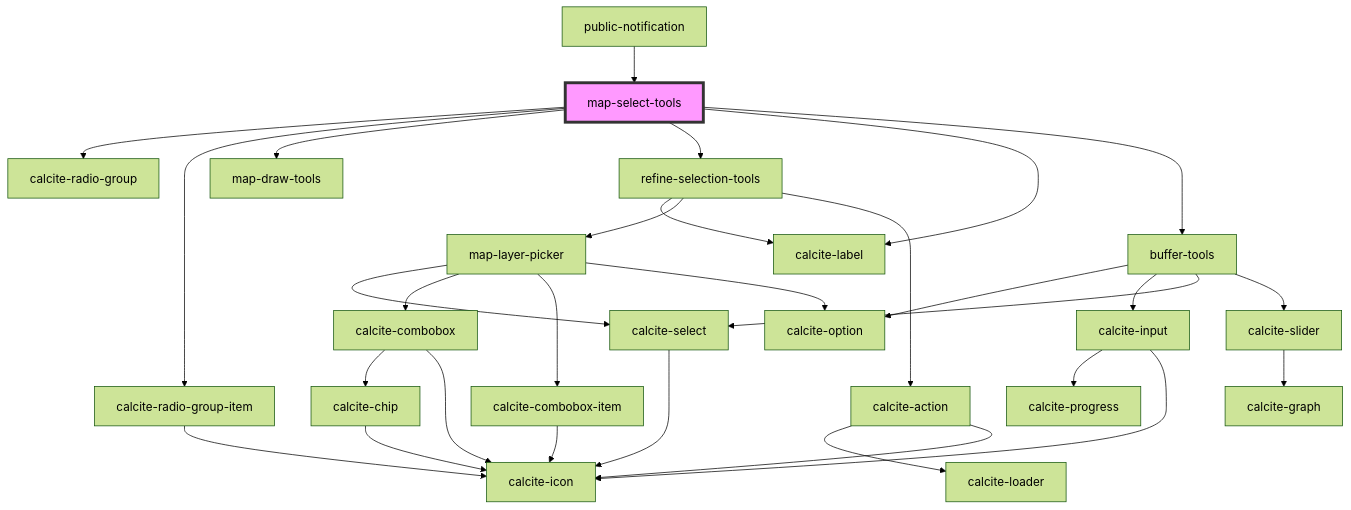
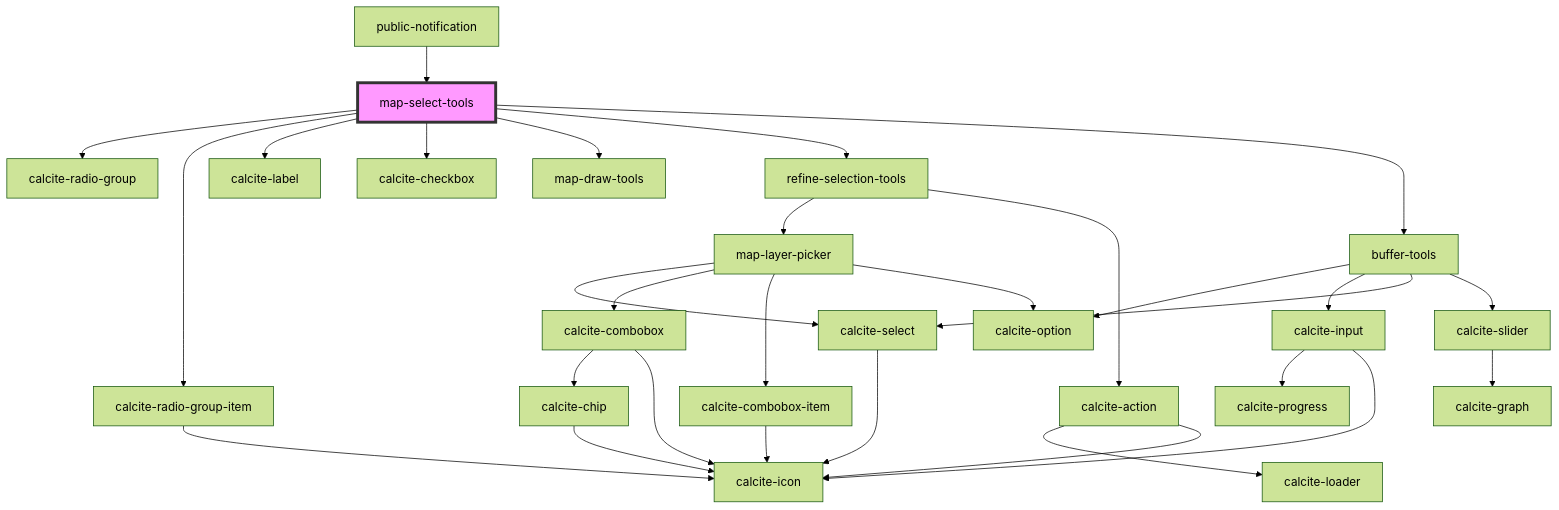
One commit to Esri/solutions-components changed the diagram in src/components/map-select-tools/readme.md. Above: the diagram before and after it, drawn with Mermaid (forest theme). The commit also changed other lines of this file and 13 other files, not shown here.

````diff
--- a/src/components/map-select-tools/readme.md
+++ b/src/components/map-select-tools/readme.md
@@ -67,33 +69,33 @@
 ```mermaid
 graph TD;
   map-select-tools --> calcite-radio-group
   map-select-tools --> calcite-radio-group-item
+  map-select-tools --> calcite-label
+  map-select-tools --> calcite-checkbox
   map-select-tools --> map-draw-tools
   map-select-tools --> refine-selection-tools
-  map-select-tools --> calcite-label
   map-select-tools --> buffer-tools
   calcite-radio-group-item --> calcite-icon
-  refine-selection-tools --> calcite-label
   refine-selection-tools --> map-layer-picker
   refine-selection-tools --> calcite-action
   map-layer-picker --> calcite-select
   map-layer-picker --> calcite-combobox
   map-layer-picker --> calcite-combobox-item
   map-layer-picker --> calcite-option
   calcite-select --> calcite-icon
   calcite-combobox --> calcite-chip
   calcite-combobox --> calcite-icon
   calcite-chip --> calcite-icon
   calcite-combobox-item --> calcite-icon
   calcite-action --> calcite-loader
   calcite-action --> calcite-icon
   buffer-tools --> calcite-option
   buffer-tools --> calcite-input
   buffer-tools --> calcite-select
   buffer-tools --> calcite-slider
   calcite-input --> calcite-progress
   calcite-input --> calcite-icon
   calcite-slider --> calcite-graph
   public-notification --> map-select-tools
   style map-select-tools fill:#f9f,stroke:#333,stroke-width:4px
 ```
````
